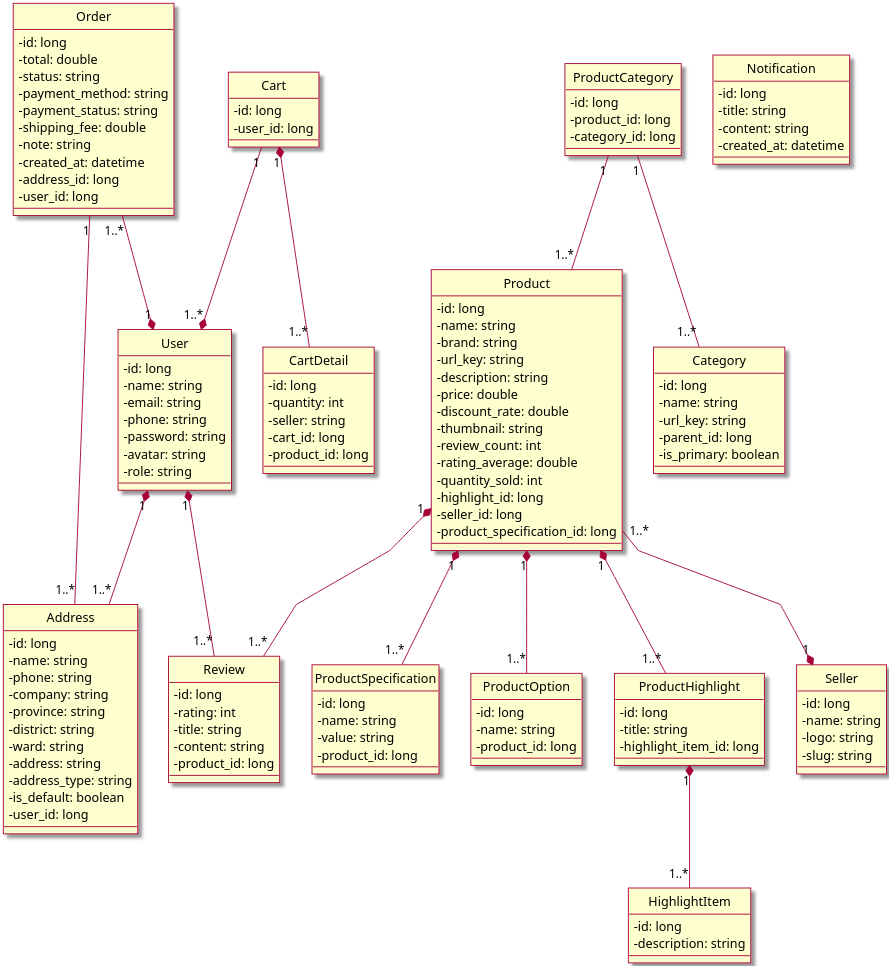
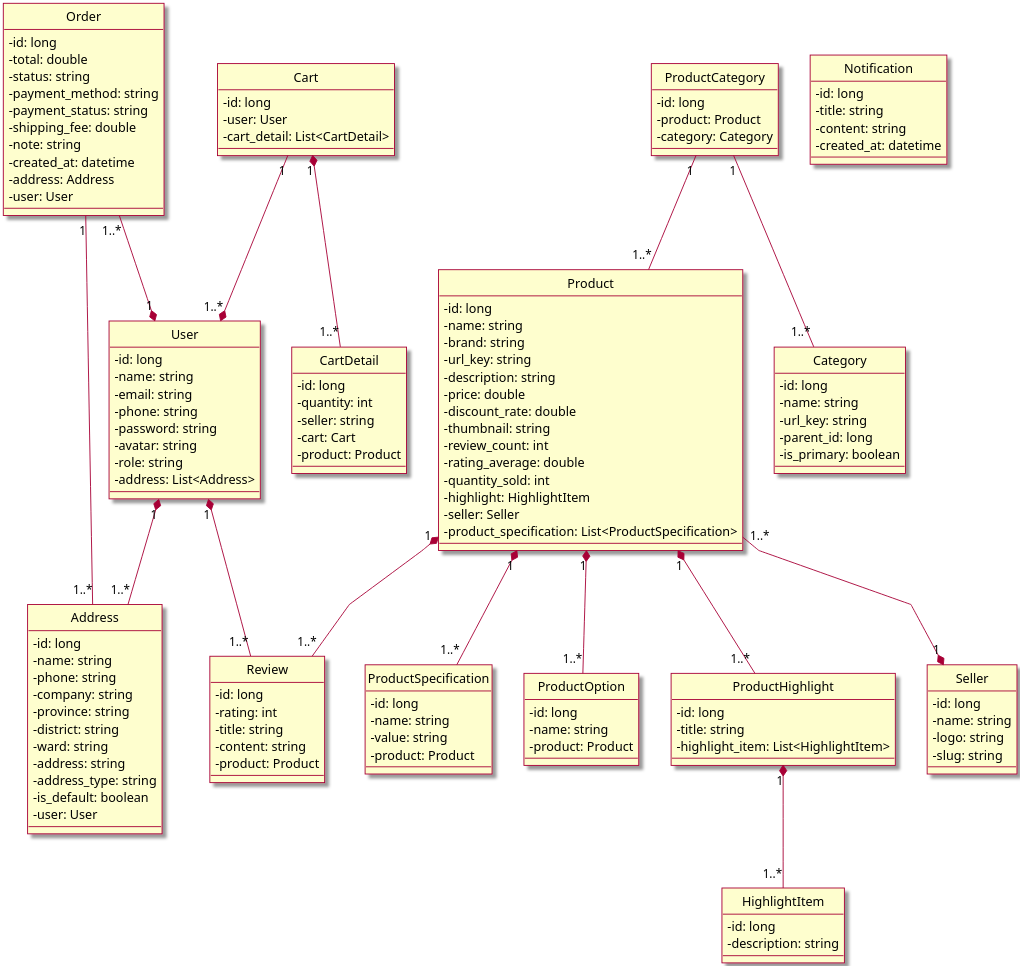
One commit to Marowota/ecommerce-plantuml changed the diagram in Class/ClassDiagram.puml. Above: the diagram before and after it, drawn with PlantUML. The commit also changed 1 other file, not shown here.

```diff
--- a/Class/ClassDiagram.puml
+++ b/Class/ClassDiagram.puml
@@ -1,163 +1,165 @@
 @startuml Class Diagram
 
 skin rose
 skinparam classAttributeIconSize 0
 ' skinparam linetype ortho
 skinparam linetype polyline
 hide circle
 scale 3
 
 ' Product
 class Product{
     - id: long
     - name: string
     - brand: string
     - url_key: string
     - description: string
     - price: double
     - discount_rate: double
     - thumbnail: string
     - review_count: int
     - rating_average: double
     - quantity_sold: int
-    - highlight_id: long
-    - seller_id: long
-    - product_specification_id: long
+    - highlight: HighlightItem
+    - seller: Seller
+    - product_specification: List<ProductSpecification>
 }
 
 class ProductSpecification{
     - id: long
     - name: string
     - value: string
-    - product_id: long
+    - product: Product
 }
 
 class ProductOption{
     - id: long
     - name: string
-    - product_id: long
+    - product: Product
 }
 
 class ProductCategory{
     - id: long
-    - product_id: long
-    - category_id: long
+    - product: Product
+    - category: Category
 }
 
 class ProductHighlight{
     - id: long
     - title: string
-    - highlight_item_id: long
+    - highlight_item: List<HighlightItem>
 }
 
 class HighlightItem{
     - id: long
     - description: string
 }
 
 class Seller{
     - id: long
     - name: string
     - logo: string
     - slug: string
 }
 
 ' Category
 class Category{
     - id: long
     - name: string
     - url_key: string
     - parent_id: long
     - is_primary: boolean
 }
 
 ' Review
 class Review{
     - id: long
     - rating: int
     - title: string
     - content: string
-    - product_id: long
+    - product: Product
 }
 
 ' User
 class User{
     - id: long
     - name: string
     - email: string
     - phone: string
     - password: string
     - avatar: string
     - role: string
+    - address: List<Address>
 }
 
 class Address{
     - id: long
     - name: string
     - phone: string
     - company: string
     - province: string
     - district: string
     - ward: string
     - address: string
     - address_type: string
     - is_default: boolean
-    - user_id: long
+    - user: User
 }
 
 
 ' Cart
 class Cart{
     - id: long
-    - user_id: long
+    - user: User
+    - cart_detail: List<CartDetail>
 }
 
 class CartDetail{
     - id: long
     - quantity: int
     - seller: string
-    - cart_id: long
-    - product_id: long
+    - cart: Cart
+    - product: Product
 }
 
 ' Order
 class Order{
     - id: long
     - total: double
     - status: string
     - payment_method: string
     - payment_status: string
     - shipping_fee: double
     - note: string
     - created_at: datetime
-    - address_id: long
-    - user_id: long
+    - address: Address
+    - user: User
 }
 
 ' Notification
 class Notification{
     - id: long
     - title: string
     - content: string
     - created_at: datetime
 }
 
 Product "1" *-- "1..*" ProductSpecification
 Product "1" *-- "1..*" ProductOption
 Product "1..* "--* "1" Seller
 Product "1" *-- "1..*" Review
 Product "1" *-- "1..*" ProductHighlight
 ProductHighlight "1" *-- "1..*" HighlightItem
 
 ProductCategory "1" -- "1..*" Product
 ProductCategory "1" -- "1..*" Category
 
 User "1" *-- "1..*" Address
 User "1" *-- "1..*" Review
 
 Cart "1" --* "1..*" User
 Cart "1" *-- "1..*" CartDetail
 
 Order "1..*" --* "1" User
 Order "1" -- "1..*" Address
 @enduml
```
